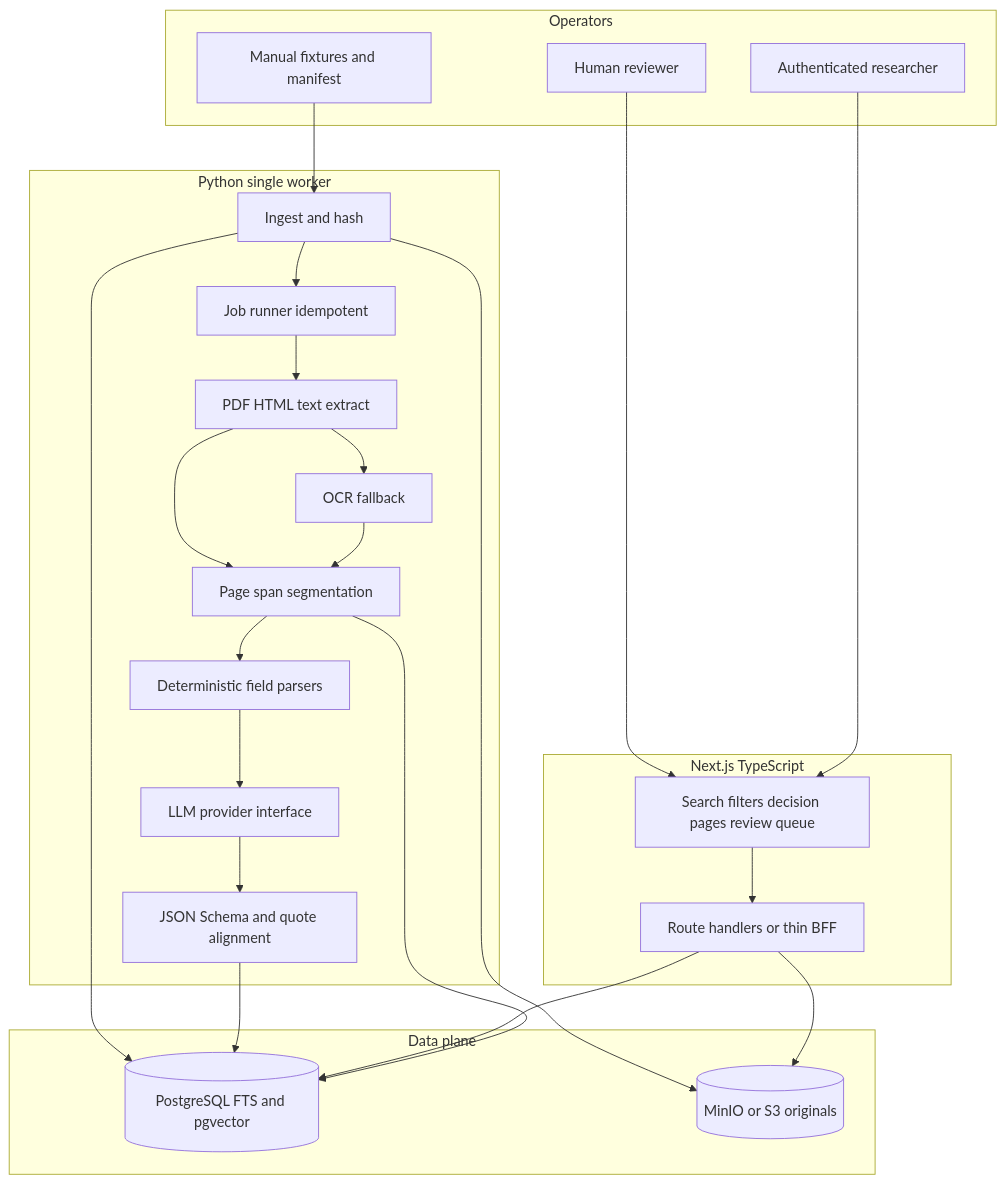
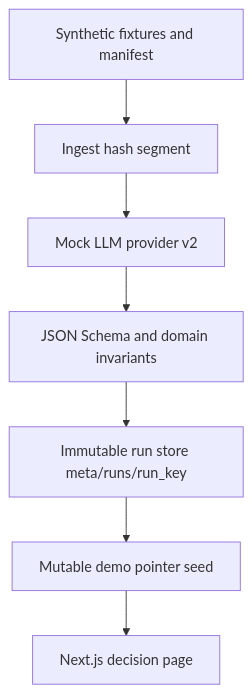
Before and after one commit to bobshenruililin/RegLens_HK: the diagram in docs/ARCHITECTURE.md, drawn with Mermaid. The commit also changed other lines of this file and 50 other files, not shown here.

````diff
--- a/docs/ARCHITECTURE.md
+++ b/docs/ARCHITECTURE.md
@@ -5,45 +3,13 @@
 ```mermaid
 flowchart TB
-  subgraph operators [Operators]
-    Fixtures[Manual fixtures and manifest]
-    Reviewer[Human reviewer]
-    User[Authenticated researcher]
-  end
+  Fixtures[Synthetic fixtures and manifest]
+  Ingest[Ingest hash segment]
+  Extract[Mock LLM provider v2]
+  Val[JSON Schema and domain invariants]
+  Runs[Immutable run store meta/runs/run_key]
+  Pointer[Mutable demo pointer seed]
+  Web[Next.js decision page]
 
-  subgraph web [Next.js TypeScript]
-    UI[Search filters decision pages review queue]
-    API[Route handlers or thin BFF]
-  end
-
-  subgraph data [Data plane]
-    PG[(PostgreSQL FTS and pgvector)]
-    Obj[(MinIO or S3 originals)]
-  end
-
-  subgraph worker [Python single worker]
-    Ingest[Ingest and hash]
-    Parse[PDF HTML text extract]
-    OCR[OCR fallback]
-    Seg[Page span segmentation]
-    Det[Deterministic field parsers]
-    LLM[LLM provider interface]
-    Val[JSON Schema and quote alignment]
-    Jobs[Job runner idempotent]
-  end
-
-  Fixtures --> Ingest
-  Ingest --> Obj
-  Ingest --> PG
-  Ingest --> Jobs
-  Jobs --> Parse --> Seg
-  Parse --> OCR
-  OCR --> Seg
-  Seg --> Det
-  Det --> LLM
-  LLM --> Val
-  Val --> PG
-  Reviewer --> UI --> API --> PG
-  User --> UI
-  API --> Obj
-  Seg --> PG
+  Fixtures --> Ingest --> Extract --> Val --> Runs
+  Runs --> Pointer --> Web
 ```
````
